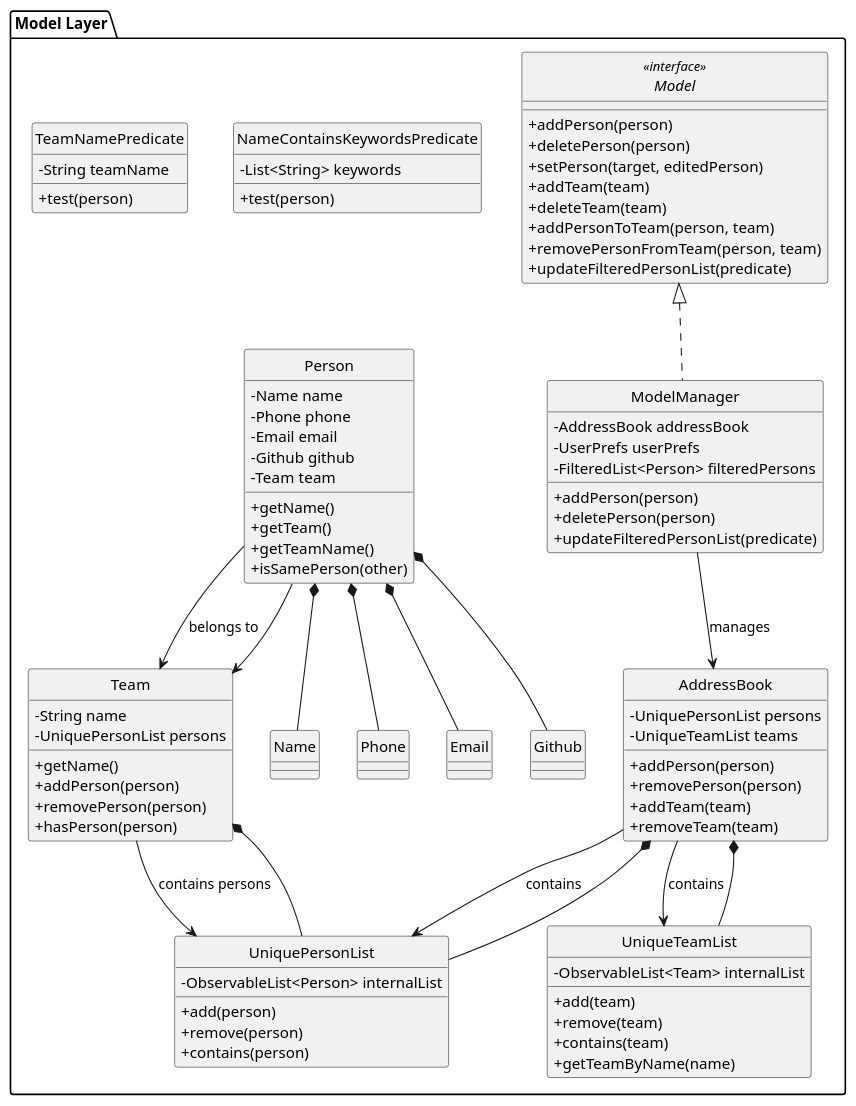
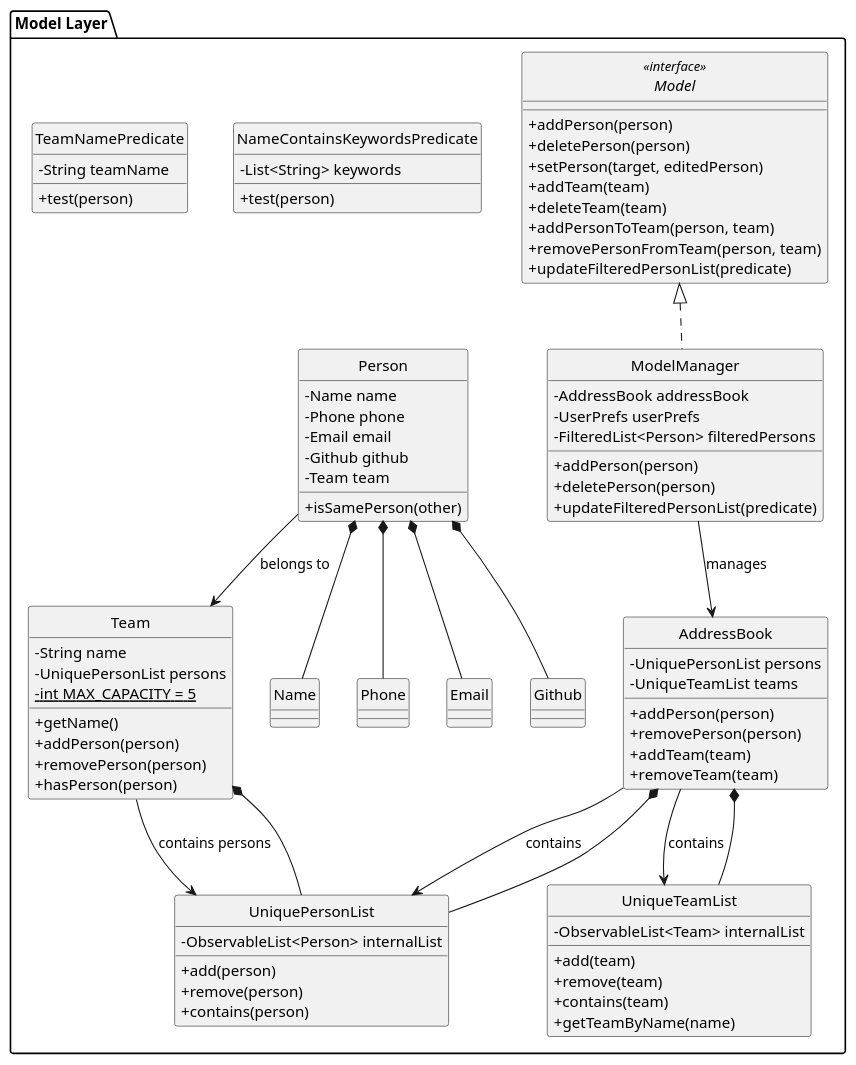
The diagram in docs/UML/Model.puml (ziheng119/tp), drawn with PlantUML before and after one commit.

```diff
--- a/docs/UML/Model.puml
+++ b/docs/UML/Model.puml
@@ -1,98 +1,96 @@
 @startuml
 hide circle
 skinparam classAttributeIconSize 0
 
 package "Model Layer" as Model {
     interface Model <<interface>> {
         +addPerson(person)
         +deletePerson(person)
         +setPerson(target, editedPerson)
         +addTeam(team)
         +deleteTeam(team)
         +addPersonToTeam(person, team)
         +removePersonFromTeam(person, team)
         +updateFilteredPersonList(predicate)
     }
 
     class ModelManager {
         -AddressBook addressBook
         -UserPrefs userPrefs
         -FilteredList<Person> filteredPersons
         +addPerson(person)
         +deletePerson(person)
         +updateFilteredPersonList(predicate)
     }
 
     class AddressBook {
         -UniquePersonList persons
         -UniqueTeamList teams
         +addPerson(person)
         +removePerson(person)
         +addTeam(team)
         +removeTeam(team)
     }
 
     class Person {
         -Name name
         -Phone phone
         -Email email
         -Github github
         -Team team
-        +getName()
-        +getTeam()
-        +getTeamName()
         +isSamePerson(other)
     }
 
     class Team {
         -String name
         -UniquePersonList persons
+        {static} - int MAX_CAPACITY = 5
         +getName()
         +addPerson(person)
         +removePerson(person)
         +hasPerson(person)
     }
 
     class UniquePersonList {
         -ObservableList<Person> internalList
         +add(person)
         +remove(person)
         +contains(person)
     }
 
     class UniqueTeamList {
         -ObservableList<Team> internalList
         +add(team)
         +remove(team)
         +contains(team)
         +getTeamByName(name)
     }
 
     class NameContainsKeywordsPredicate {
         -List<String> keywords
         +test(person)
     }
 
     class TeamNamePredicate {
         -String teamName
         +test(person)
     }
 
     ModelManager .up.|> Model
     ModelManager --> AddressBook : manages
     AddressBook --> UniquePersonList : contains
     AddressBook --> UniqueTeamList : contains
     Person --> Team : belongs to
     Team --> UniquePersonList : contains persons
 
     ' Model relationships
     AddressBook *-- UniquePersonList
     AddressBook *-- UniqueTeamList
     Person *-- Name
     Person *-- Phone
     Person *-- Email
     Person *-- Github
-    Person --> Team
+    ' Person --> Team
     Team *-- UniquePersonList
 }
 @enduml
```
